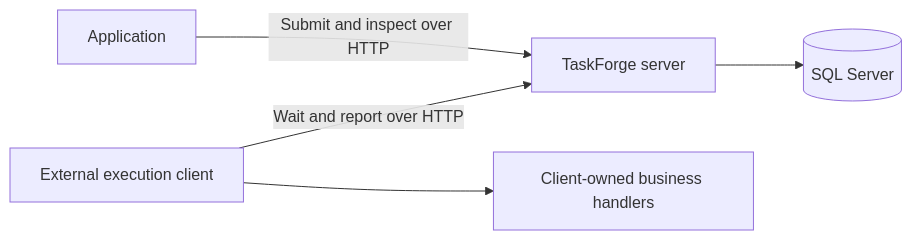
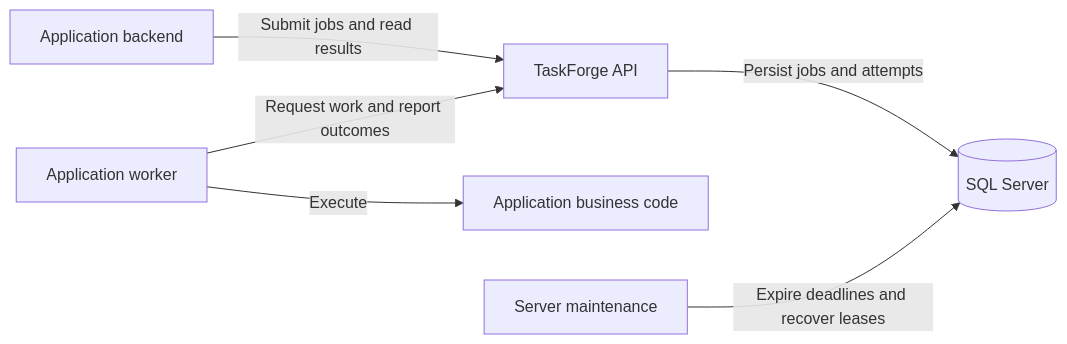
Before and after one commit to Arvence/TaskForge: the diagram in README.md, drawn with Mermaid. The commit also changed other lines of this file and 1 other file, not shown here.

````diff
--- a/README.md
+++ b/README.md
@@ -23,7 +17,8 @@
 ```mermaid
 flowchart LR
-    Submitter[Application] -->|Submit and inspect over HTTP| API[TaskForge server]
-    Worker[External execution client] -->|Wait and report over HTTP| API
-    Worker --> Handlers[Client-owned business handlers]
-    API --> SQL[(SQL Server)]
+    App[Application backend] -->|Submit jobs and read results| API[TaskForge API]
+    Worker[Application worker] -->|Request work and report outcomes| API
+    Worker -->|Execute| Handler[Application business code]
+    API -->|Persist jobs and attempts| SQL[(SQL Server)]
+    Maintenance[Server maintenance] -->|Expire deadlines and recover leases| SQL
 ```
````
